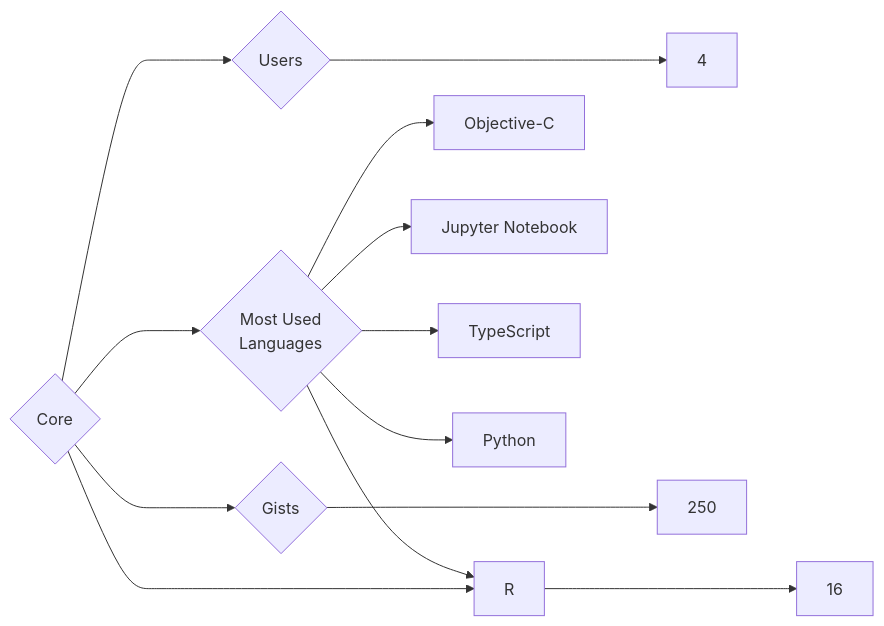
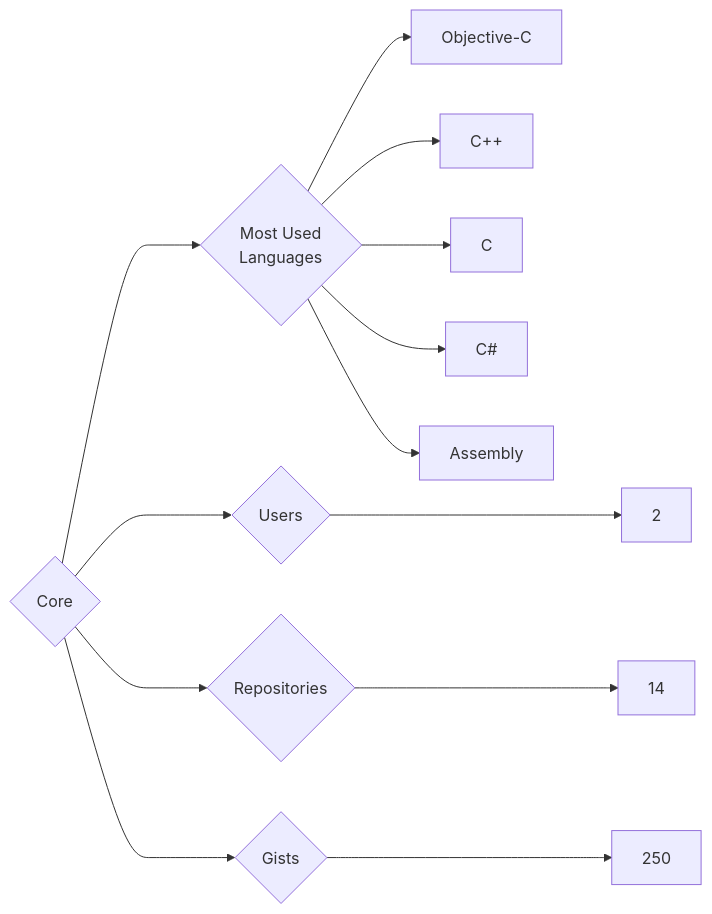
The diagram in targets/Core/README.md (trickest/insiders), drawn with Mermaid before and after one commit. The commit also changed 997 other files, not shown here.

````diff
--- a/targets/Core/README.md
+++ b/targets/Core/README.md
@@ -3,13 +3,13 @@
 ```mermaid
 graph LR
 COMPANY_NAME{Core}
-COMPANY_NAME ---> U{Users} ---> UN[4]
-COMPANY_NAME ---> R{Repositories} ---> RN[16]
+COMPANY_NAME ---> U{Users} ---> UN[2]
+COMPANY_NAME ---> R{Repositories} ---> RN[14]
 COMPANY_NAME ---> G{Gists} ---> GN[250]
 COMPANY_NAME ---> ML{Most Used<br>Languages}
 ML --> Objective-C[Objective-C]
-ML --> Jupyter_Notebook[Jupyter Notebook]
-ML --> R[R]
-ML --> TypeScript[TypeScript]
-ML --> Python[Python]
+ML --> C++[C++]
+ML --> C[C]
+ML --> C#[C#]
+ML --> Assembly[Assembly]
 ```
````
